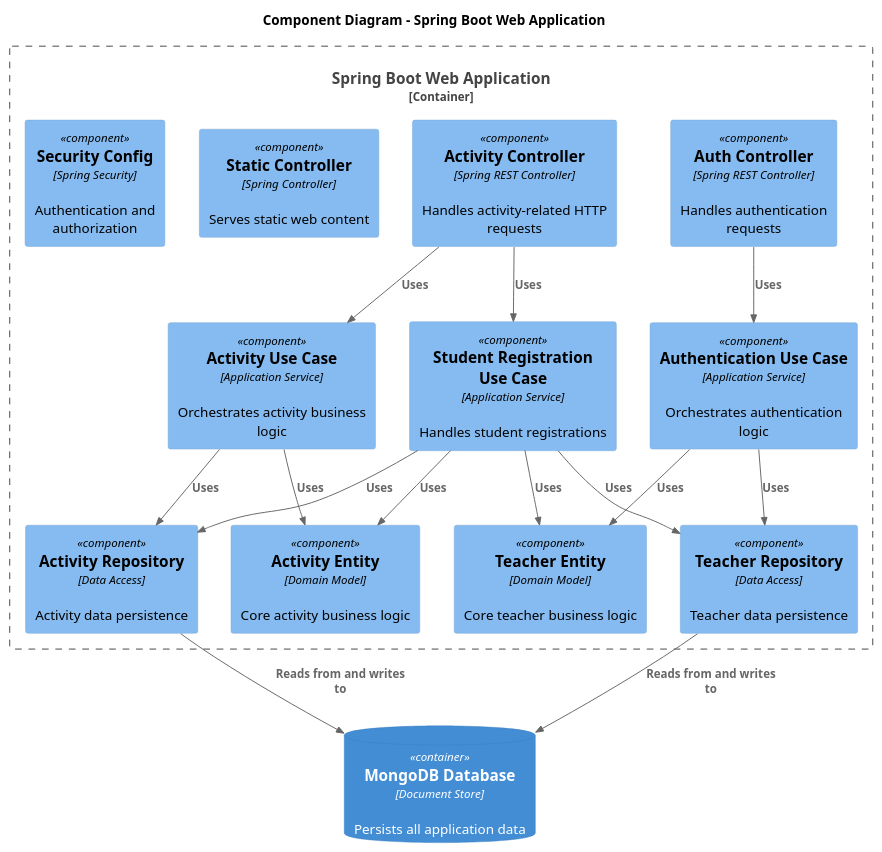
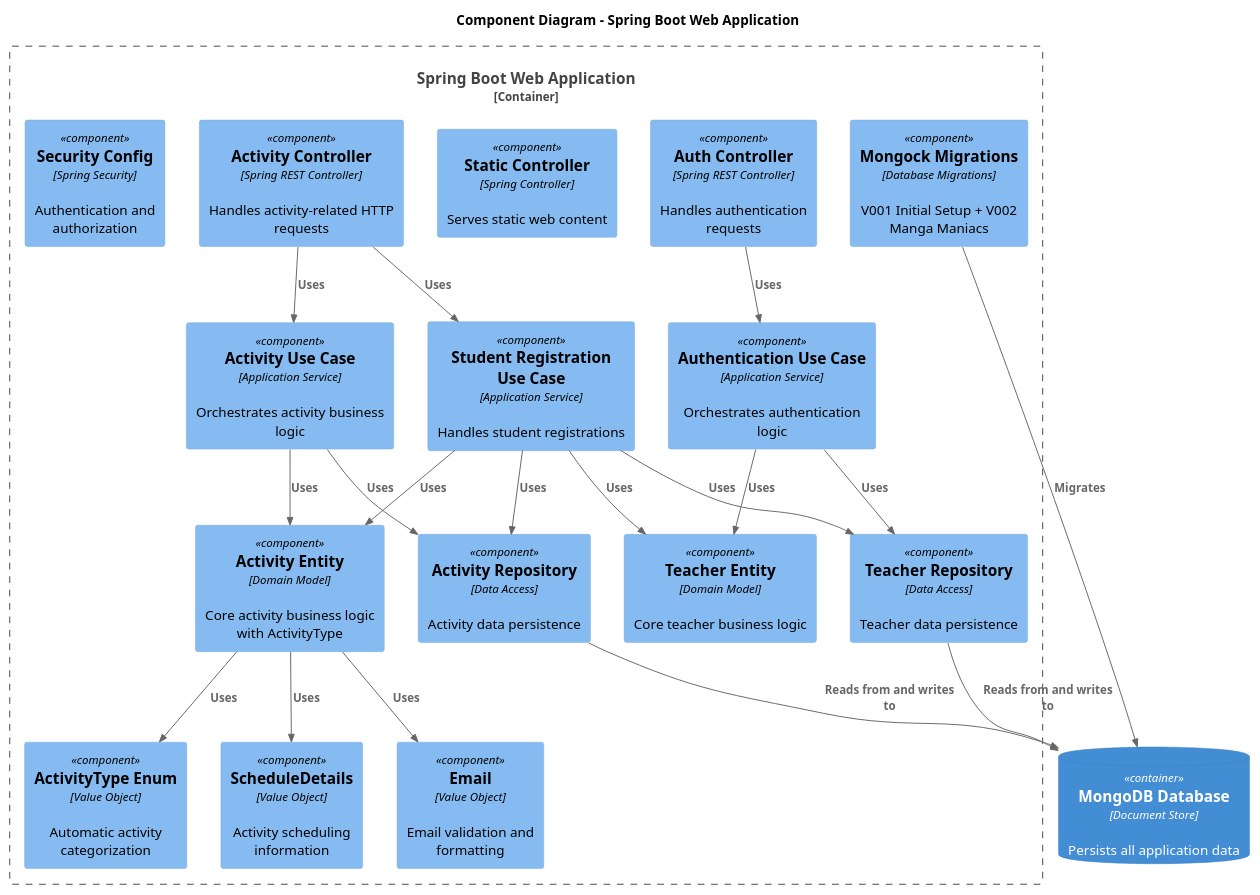
The diagram in docs/architecture/component-diagram.puml (JulianaCarolinaBatista/java-copilot-code-agent), drawn with PlantUML before and after one commit. The commit also changed 6 other files, not shown here.

```diff
--- a/docs/architecture/component-diagram.puml
+++ b/docs/architecture/component-diagram.puml
@@ -1,43 +1,52 @@
 @startuml component-diagram
 !include <C4/C4_Component>
 
 title Component Diagram - Spring Boot Web Application
 
 Container_Boundary(webApp, "Spring Boot Web Application") {
     Component(activityController, "Activity Controller", "Spring REST Controller", "Handles activity-related HTTP requests")
     Component(authController, "Auth Controller", "Spring REST Controller", "Handles authentication requests")
     Component(staticController, "Static Controller", "Spring Controller", "Serves static web content")
     
     Component(activityUseCase, "Activity Use Case", "Application Service", "Orchestrates activity business logic")
     Component(authUseCase, "Authentication Use Case", "Application Service", "Orchestrates authentication logic")
     Component(registrationUseCase, "Student Registration Use Case", "Application Service", "Handles student registrations")
     
-    Component(activityEntity, "Activity Entity", "Domain Model", "Core activity business logic")
+    Component(activityEntity, "Activity Entity", "Domain Model", "Core activity business logic with ActivityType")
     Component(teacherEntity, "Teacher Entity", "Domain Model", "Core teacher business logic")
+    Component(activityType, "ActivityType Enum", "Value Object", "Automatic activity categorization")
+    Component(scheduleDetails, "ScheduleDetails", "Value Object", "Activity scheduling information")
+    Component(email, "Email", "Value Object", "Email validation and formatting")
     
     Component(activityRepo, "Activity Repository", "Data Access", "Activity data persistence")
     Component(teacherRepo, "Teacher Repository", "Data Access", "Teacher data persistence")
     
+    Component(mongockMigrations, "Mongock Migrations", "Database Migrations", "V001 Initial Setup + V002 Manga Maniacs")
     Component(securityConfig, "Security Config", "Spring Security", "Authentication and authorization")
 }
 
 ContainerDb(database, "MongoDB Database", "Document Store", "Persists all application data")
 
 Rel(activityController, activityUseCase, "Uses")
 Rel(activityController, registrationUseCase, "Uses")
 Rel(authController, authUseCase, "Uses")
 
 Rel(activityUseCase, activityEntity, "Uses")
 Rel(authUseCase, teacherEntity, "Uses")
 Rel(registrationUseCase, activityEntity, "Uses")
 Rel(registrationUseCase, teacherEntity, "Uses")
 
+Rel(activityEntity, activityType, "Uses")
+Rel(activityEntity, scheduleDetails, "Uses")
+Rel(activityEntity, email, "Uses")
+
 Rel(activityUseCase, activityRepo, "Uses")
 Rel(authUseCase, teacherRepo, "Uses")
 Rel(registrationUseCase, activityRepo, "Uses")
 Rel(registrationUseCase, teacherRepo, "Uses")
 
 Rel(activityRepo, database, "Reads from and writes to")
 Rel(teacherRepo, database, "Reads from and writes to")
+Rel(mongockMigrations, database, "Migrates")
 
 @enduml
```
